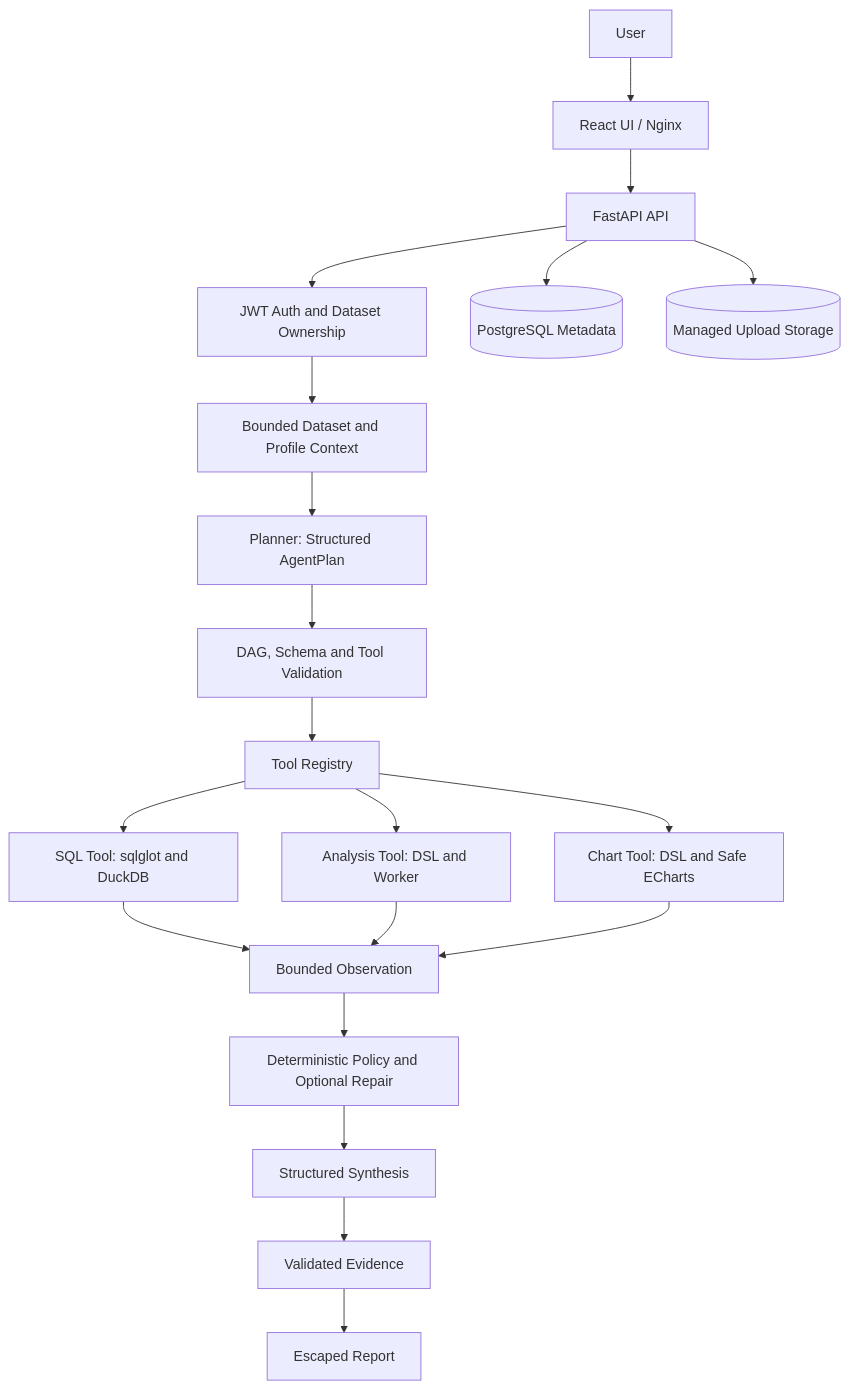
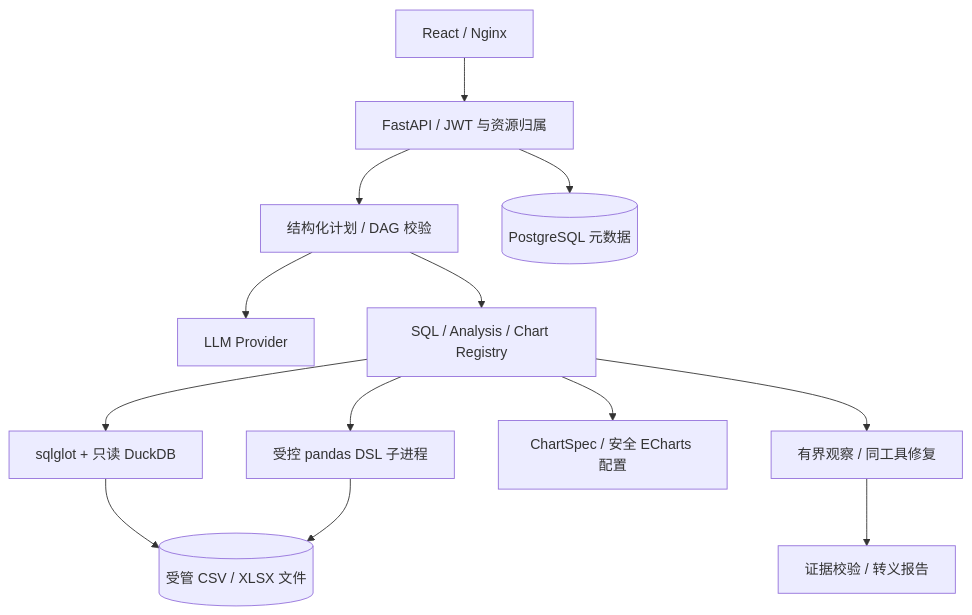
Before and after one commit to tangwencan666/DataPilot: the diagram in README.md, drawn with Mermaid. The commit also changed other lines of this file and 10 other files, not shown here.

````diff
--- a/README.md
+++ b/README.md
@@ -27,22 +25,15 @@
 ```mermaid
 flowchart TD
-    U[User] --> UI[React UI / Nginx]
-    UI --> API[FastAPI API]
-    API --> AUTH[JWT Auth and Dataset Ownership]
-    AUTH --> CTX[Bounded Dataset and Profile Context]
-    CTX --> PLAN[Planner: Structured AgentPlan]
-    PLAN --> VALIDATE[DAG, Schema and Tool Validation]
-    VALIDATE --> REG[Tool Registry]
-    REG --> SQL[SQL Tool: sqlglot and DuckDB]
-    REG --> ANALYSIS[Analysis Tool: DSL and Worker]
-    REG --> CHART[Chart Tool: DSL and Safe ECharts]
-    SQL --> OBS[Bounded Observation]
-    ANALYSIS --> OBS
-    CHART --> OBS
-    OBS --> REPAIR[Deterministic Policy and Optional Repair]
-    REPAIR --> SYNTH[Structured Synthesis]
-    SYNTH --> EVIDENCE[Validated Evidence]
-    EVIDENCE --> REPORT[Escaped Report]
-    API --> PG[(PostgreSQL Metadata)]
-    API --> FILES[(Managed Upload Storage)]
+  UI["React / Nginx"] --> API["FastAPI / JWT 与资源归属"]
+  API --> PLAN["结构化计划 / DAG 校验"]
+  PLAN --> PROVIDER["LLM Provider"]
+  PLAN --> TOOLS["SQL / Analysis / Chart Registry"]
+  TOOLS --> SQL["sqlglot + 只读 DuckDB"]
+  TOOLS --> WORKER["受控 pandas DSL 子进程"]
+  TOOLS --> CHART["ChartSpec / 安全 ECharts 配置"]
+  TOOLS --> OBS["有界观察 / 同工具修复"]
+  OBS --> REPORT["证据校验 / 转义报告"]
+  API --> PG[("PostgreSQL 元数据")]
+  SQL --> FILES[("受管 CSV / XLSX 文件")]
+  WORKER --> FILES
 ```
````
